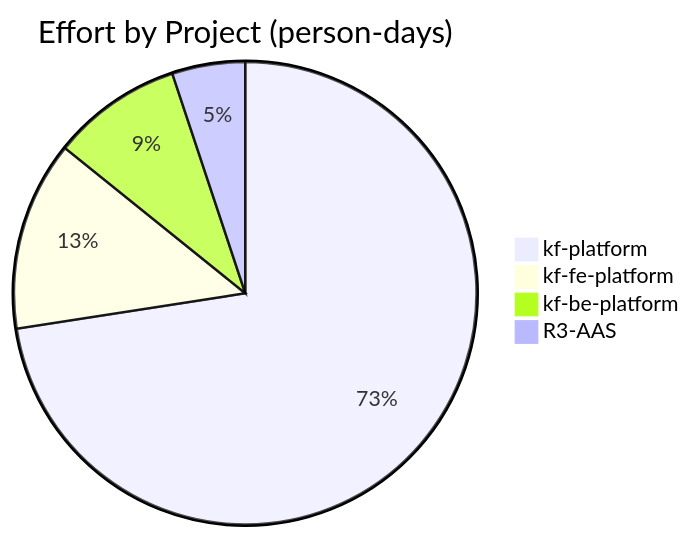
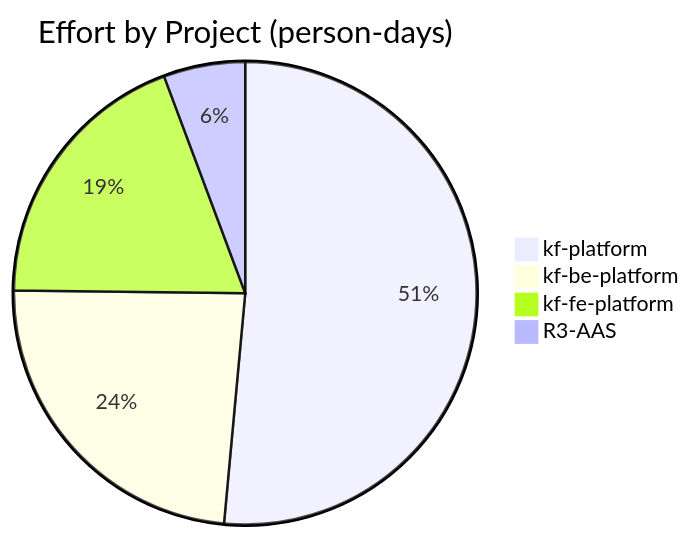
One commit to Katty-Fashion/kf-cpto changed the first of 2 diagrams in docs/unified-calendar.md. Above: the diagram before and after it, drawn with Mermaid. The commit also changed other lines of this file and 12 other files, not shown here.

````diff
--- a/docs/unified-calendar.md
+++ b/docs/unified-calendar.md
@@ -10,7 +10,7 @@
 ```mermaid
 pie title Effort by Project (person-days)
-    "kf-platform" : 263.0
-    "kf-fe-platform" : 48.0
-    "kf-be-platform" : 33.0
+    "kf-platform" : 167.0
+    "kf-be-platform" : 77.0
+    "kf-fe-platform" : 62.0
     "R3-AAS" : 18.5
 ```
````
